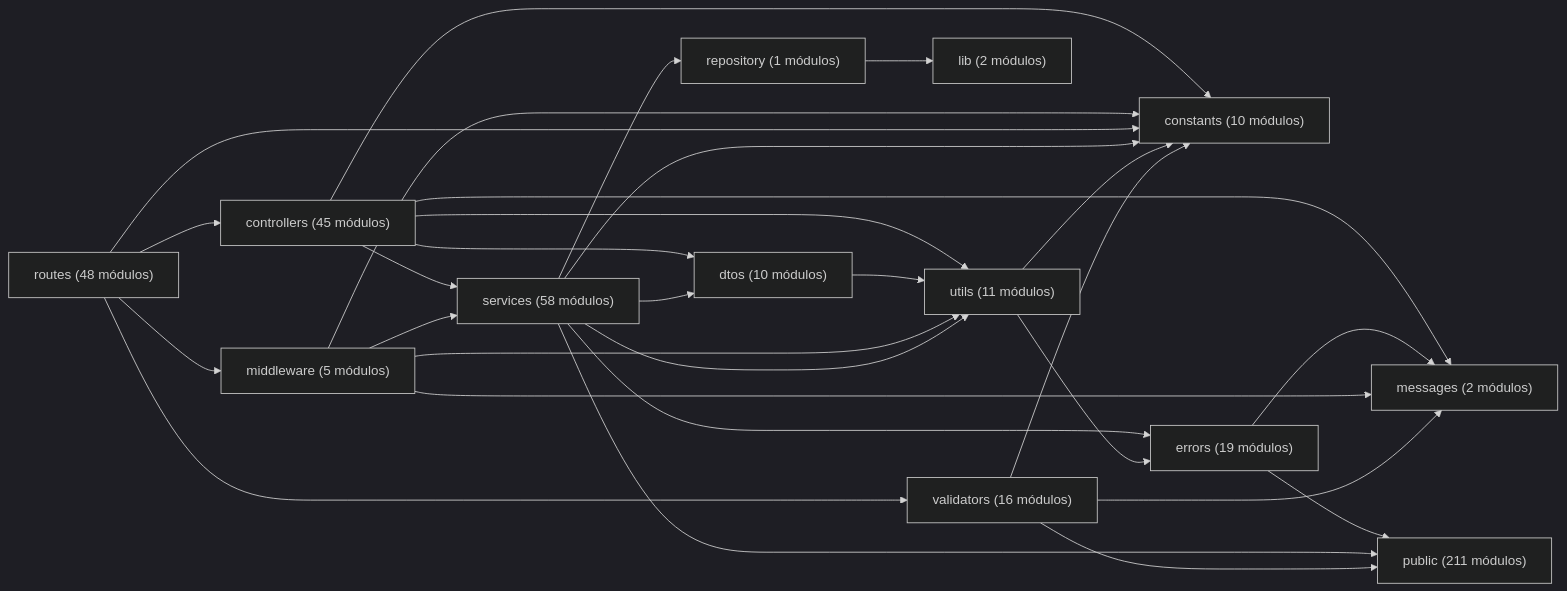
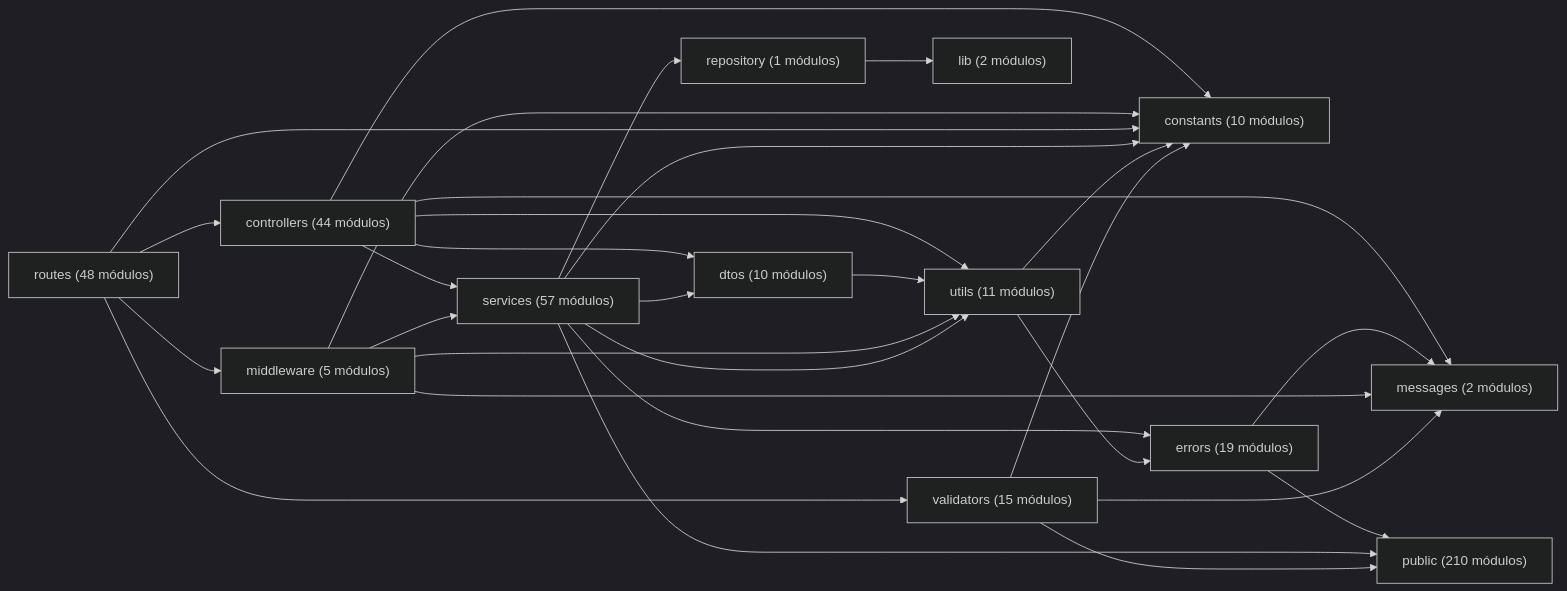
Before and after one commit to gpgsistemas01/nexus: the diagram in docs/architecture/views/development/code-map.md, drawn with Mermaid (dark theme). The commit also changed other lines of this file and 72 other files, not shown here.

````diff
--- a/docs/architecture/views/development/code-map.md
+++ b/docs/architecture/views/development/code-map.md
@@ -14,31 +14,31 @@
 ```mermaid
 flowchart LR
-    controllers["controllers (45 módulos)"] --> constants["constants (10 módulos)"]
-    controllers["controllers (45 módulos)"] --> dtos["dtos (10 módulos)"]
-    controllers["controllers (45 módulos)"] --> messages["messages (2 módulos)"]
-    controllers["controllers (45 módulos)"] --> services["services (58 módulos)"]
-    controllers["controllers (45 módulos)"] --> utils["utils (11 módulos)"]
+    controllers["controllers (44 módulos)"] --> constants["constants (10 módulos)"]
+    controllers["controllers (44 módulos)"] --> dtos["dtos (10 módulos)"]
+    controllers["controllers (44 módulos)"] --> messages["messages (2 módulos)"]
+    controllers["controllers (44 módulos)"] --> services["services (57 módulos)"]
+    controllers["controllers (44 módulos)"] --> utils["utils (11 módulos)"]
     dtos["dtos (10 módulos)"] --> utils["utils (11 módulos)"]
     errors["errors (19 módulos)"] --> messages["messages (2 módulos)"]
-    errors["errors (19 módulos)"] --> public["public (211 módulos)"]
+    errors["errors (19 módulos)"] --> public["public (210 módulos)"]
     middleware["middleware (5 módulos)"] --> constants["constants (10 módulos)"]
     middleware["middleware (5 módulos)"] --> messages["messages (2 módulos)"]
-    middleware["middleware (5 módulos)"] --> services["services (58 módulos)"]
+    middleware["middleware (5 módulos)"] --> services["services (57 módulos)"]
     middleware["middleware (5 módulos)"] --> utils["utils (11 módulos)"]
     repository["repository (1 módulos)"] --> lib["lib (2 módulos)"]
     routes["routes (48 módulos)"] --> constants["constants (10 módulos)"]
-    routes["routes (48 módulos)"] --> controllers["controllers (45 módulos)"]
+    routes["routes (48 módulos)"] --> controllers["controllers (44 módulos)"]
     routes["routes (48 módulos)"] --> middleware["middleware (5 módulos)"]
-    routes["routes (48 módulos)"] --> validators["validators (16 módulos)"]
-    services["services (58 módulos)"] --> constants["constants (10 módulos)"]
-    services["services (58 módulos)"] --> dtos["dtos (10 módulos)"]
-    services["services (58 módulos)"] --> errors["errors (19 módulos)"]
-    services["services (58 módulos)"] --> public["public (211 módulos)"]
-    services["services (58 módulos)"] --> repository["repository (1 módulos)"]
-    services["services (58 módulos)"] --> utils["utils (11 módulos)"]
+    routes["routes (48 módulos)"] --> validators["validators (15 módulos)"]
+    services["services (57 módulos)"] --> constants["constants (10 módulos)"]
+    services["services (57 módulos)"] --> dtos["dtos (10 módulos)"]
+    services["services (57 módulos)"] --> errors["errors (19 módulos)"]
+    services["services (57 módulos)"] --> public["public (210 módulos)"]
+    services["services (57 módulos)"] --> repository["repository (1 módulos)"]
+    services["services (57 módulos)"] --> utils["utils (11 módulos)"]
     utils["utils (11 módulos)"] --> constants["constants (10 módulos)"]
     utils["utils (11 módulos)"] --> errors["errors (19 módulos)"]
-    validators["validators (16 módulos)"] --> constants["constants (10 módulos)"]
-    validators["validators (16 módulos)"] --> messages["messages (2 módulos)"]
-    validators["validators (16 módulos)"] --> public["public (211 módulos)"]
+    validators["validators (15 módulos)"] --> constants["constants (10 módulos)"]
+    validators["validators (15 módulos)"] --> messages["messages (2 módulos)"]
+    validators["validators (15 módulos)"] --> public["public (210 módulos)"]
 ```
````
